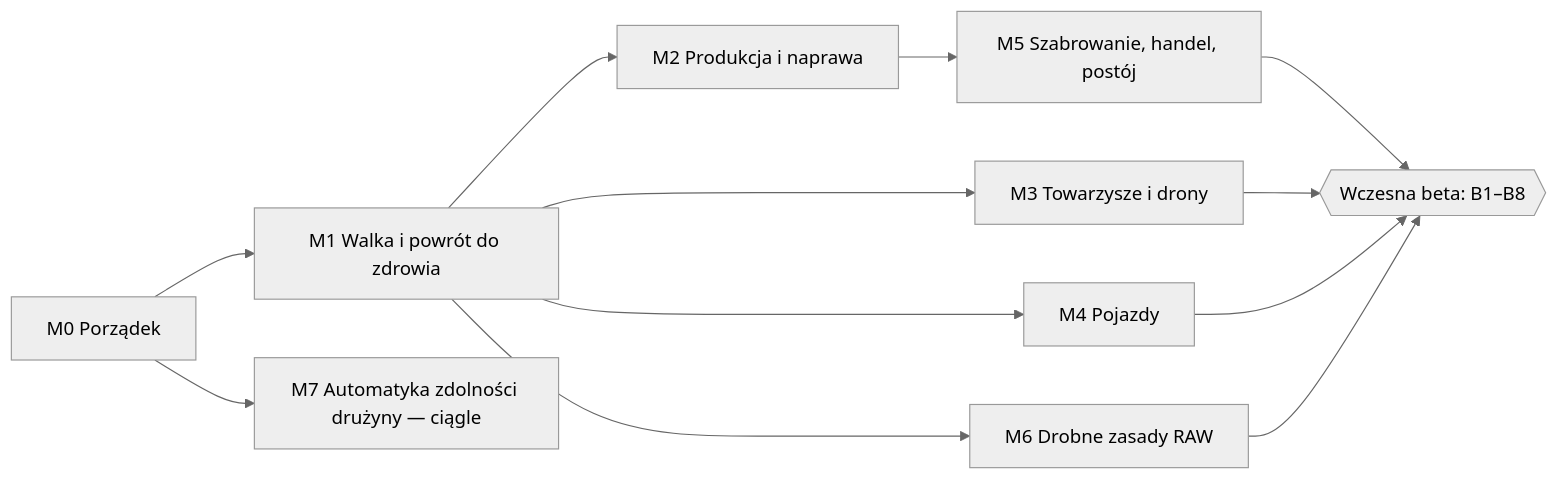
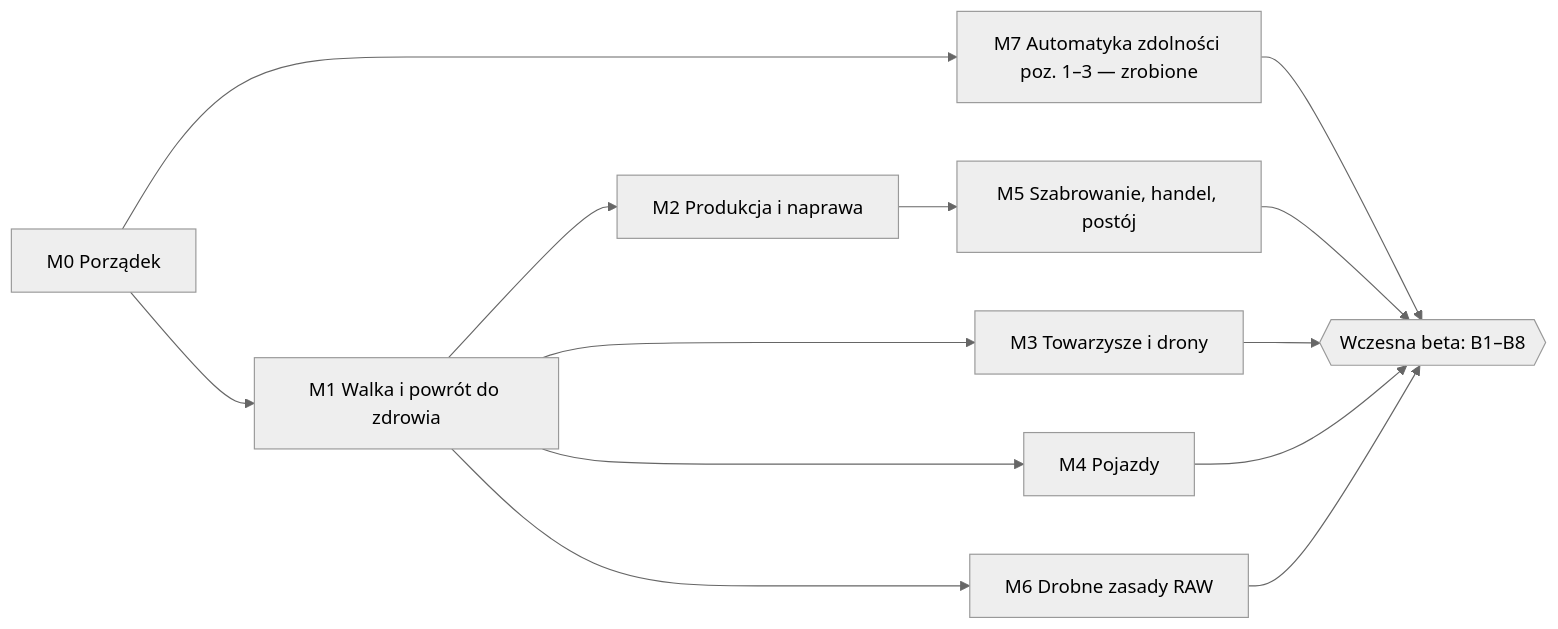
One commit to jjanisze/FVTT-NOE changed the second of 2 diagrams in PLAN_beta.md. Above: the diagram before and after it, drawn with Mermaid (neutral theme). The commit also changed other lines of this file, not shown here.

First line of the commit message:
PLAN_beta: M7 closed - order, gates, schedule and risks after M7

````diff
--- a/PLAN_beta.md
+++ b/PLAN_beta.md
@@ -213,14 +230,15 @@
 ```mermaid
 flowchart LR
   M0[M0 Porządek] --> M1[M1 Walka i powrót do zdrowia]
   M1 --> M2[M2 Produkcja i naprawa]
   M1 --> M3[M3 Towarzysze i drony]
   M2 --> M5[M5 Szabrowanie, handel, postój]
   M1 --> M4[M4 Pojazdy]
   M1 --> M6[M6 Drobne zasady RAW]
-  M0 --> M7[M7 Automatyka zdolności drużyny — ciągle]
+  M0 --> M7[M7 Automatyka zdolności poz. 1–3 — zrobione]
+  M7 --> BETA
   M5 --> BETA{{Wczesna beta: B1–B8}}
   M3 --> BETA
   M4 --> BETA
   M6 --> BETA
 ```
````
